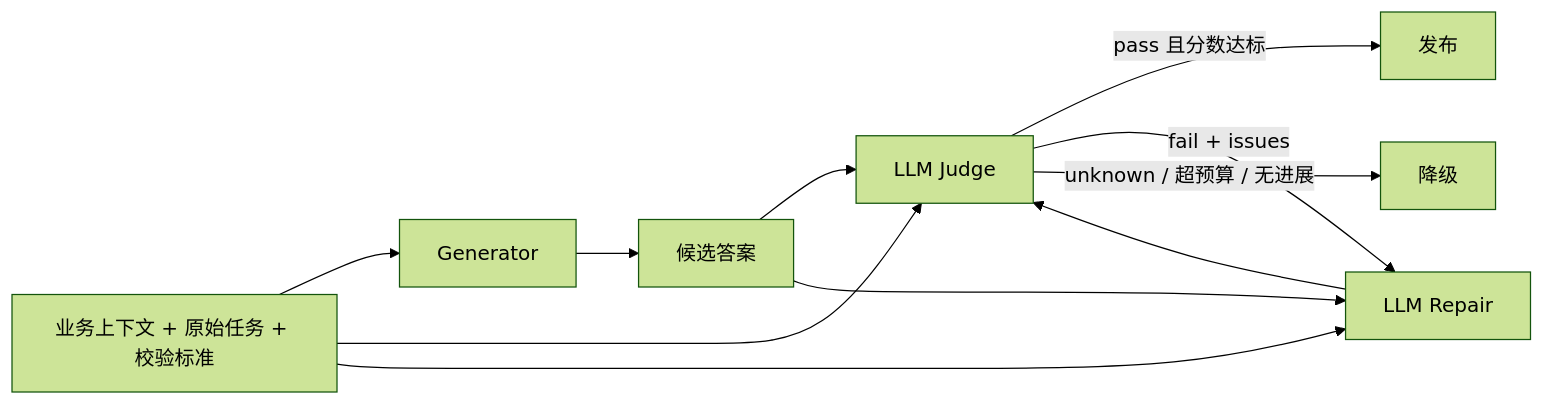
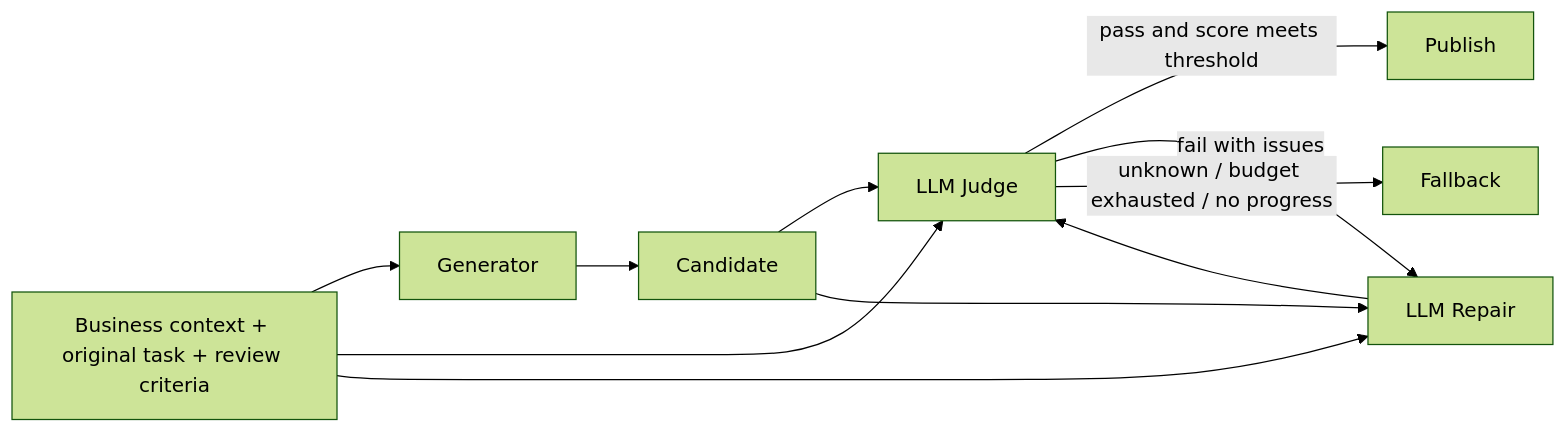
One commit to yufen0922/verifigen changed the diagram in README.md. Above: the diagram before and after it, drawn with Mermaid (forest theme). The commit also changed other lines of this file and 9 other files, not shown here.

````diff
--- a/README.md
+++ b/README.md
@@ -13,13 +15,13 @@
 ```mermaid
 flowchart LR
-    A[业务上下文 + 原始任务 + 校验标准] --> B[Generator]
-    B --> C[候选答案]
+    A[Business context + original task + review criteria] --> B[Generator]
+    B --> C[Candidate]
     A --> D[LLM Judge]
     C --> D
-    D -->|pass 且分数达标| E[发布]
-    D -->|fail + issues| F[LLM Repair]
+    D -->|pass and score meets threshold| E[Publish]
+    D -->|fail with issues| F[LLM Repair]
     A --> F
     C --> F
     F --> D
-    D -->|unknown / 超预算 / 无进展| G[降级]
+    D -->|unknown / budget exhausted / no progress| G[Fallback]
 ```
````
